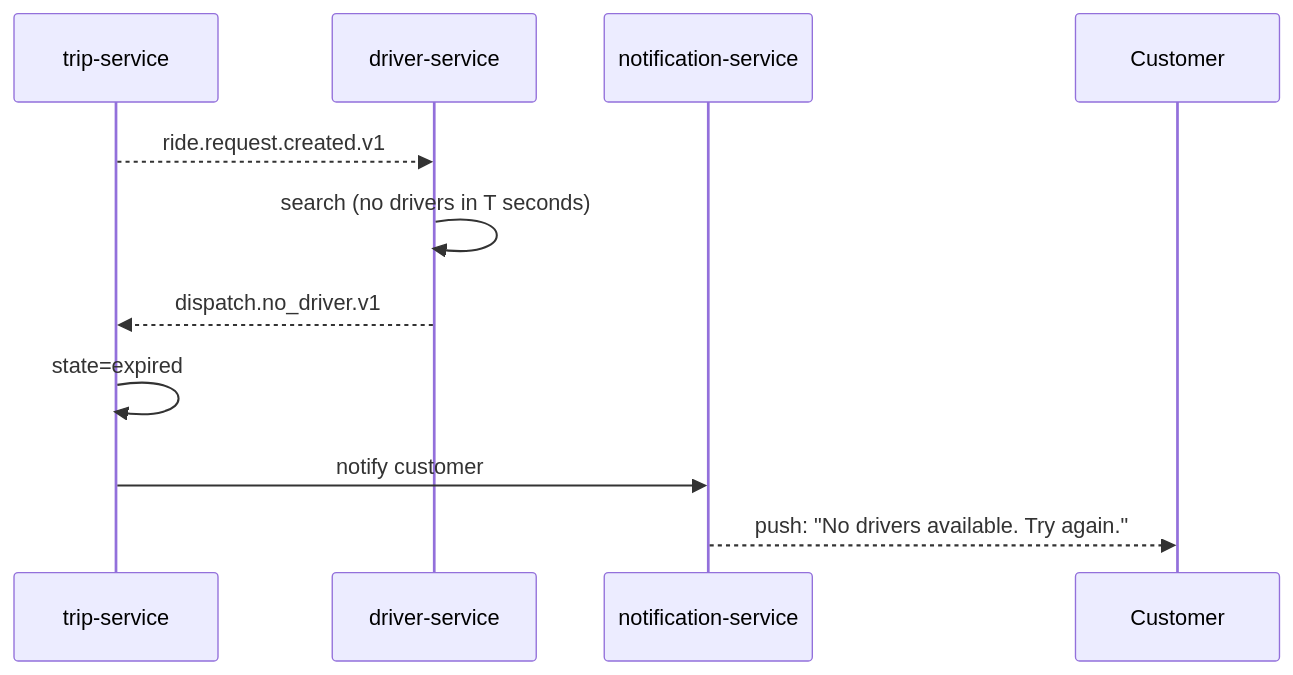
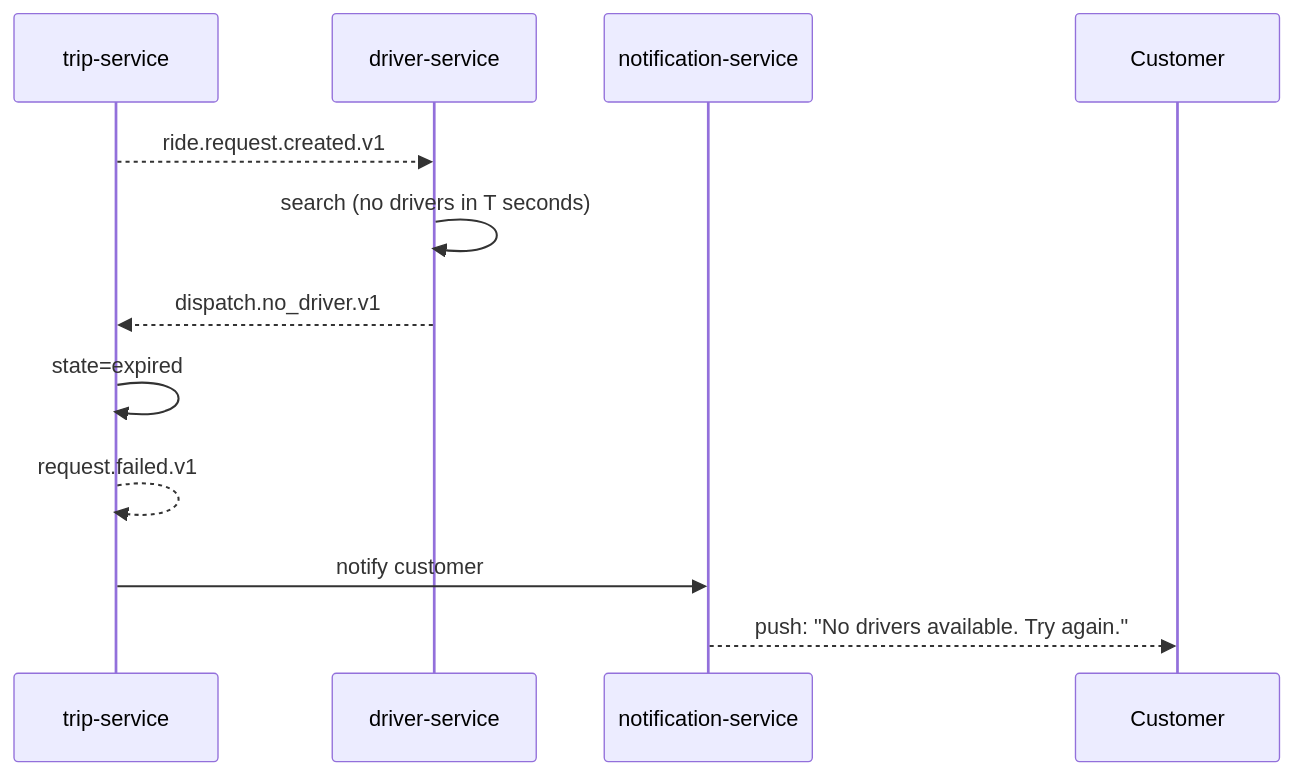
One commit to mohamedhabibwork/trips-enjoy-docs changed diagram 11 of 15 in docs/workflows/RIDE_WORKFLOWS.md. Above: the diagram before and after it, drawn with Mermaid. The commit also changed other lines of this file and 201 other files, not shown here.

````diff
--- a/docs/workflows/RIDE_WORKFLOWS.md
+++ b/docs/workflows/RIDE_WORKFLOWS.md
@@ -257,14 +288,15 @@
 ```mermaid
 sequenceDiagram
     participant TR as trip-service
     participant DRV as driver-service
     participant NOT as notification-service
     participant C as Customer
 
     TR-->>DRV: ride.request.created.v1
     DRV->>DRV: search (no drivers in T seconds)
     DRV-->>TR: dispatch.no_driver.v1
     TR->>TR: state=expired
+    TR-->>TR: request.failed.v1
     TR->>NOT: notify customer
     NOT-->>C: push: "No drivers available. Try again."
 ```
````
